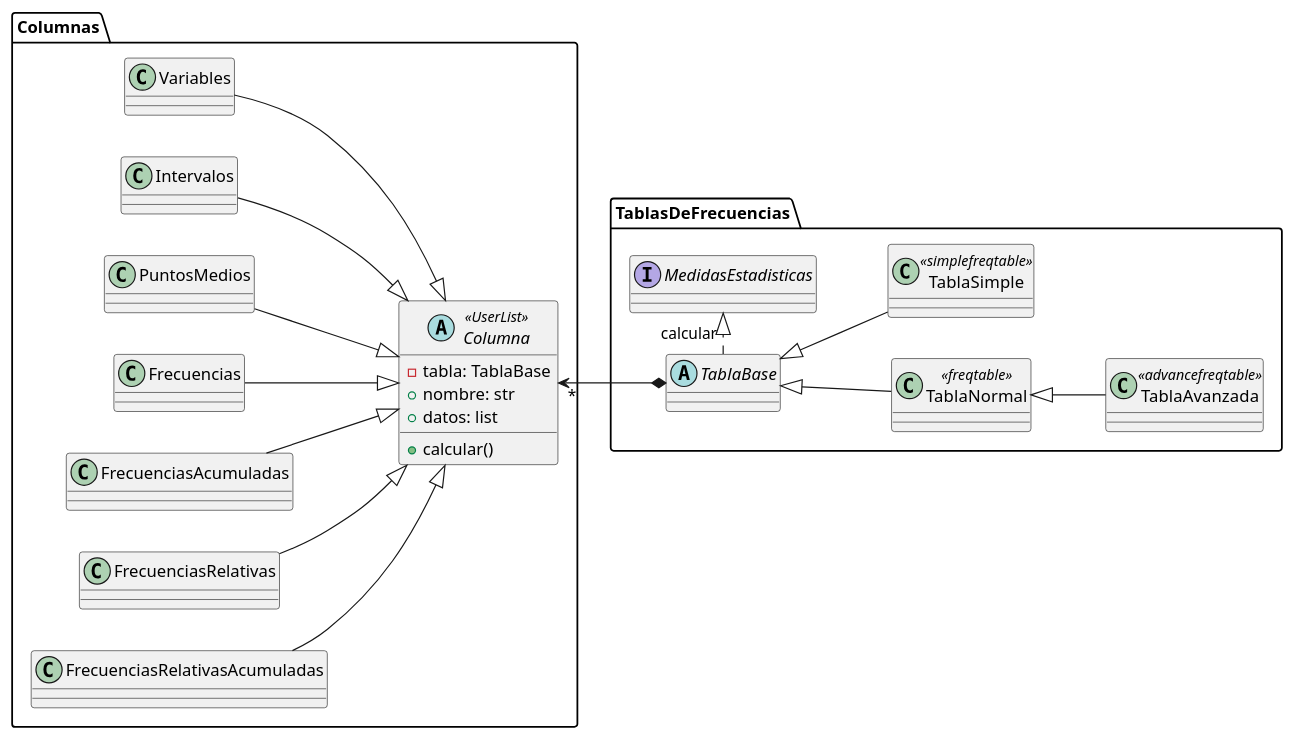
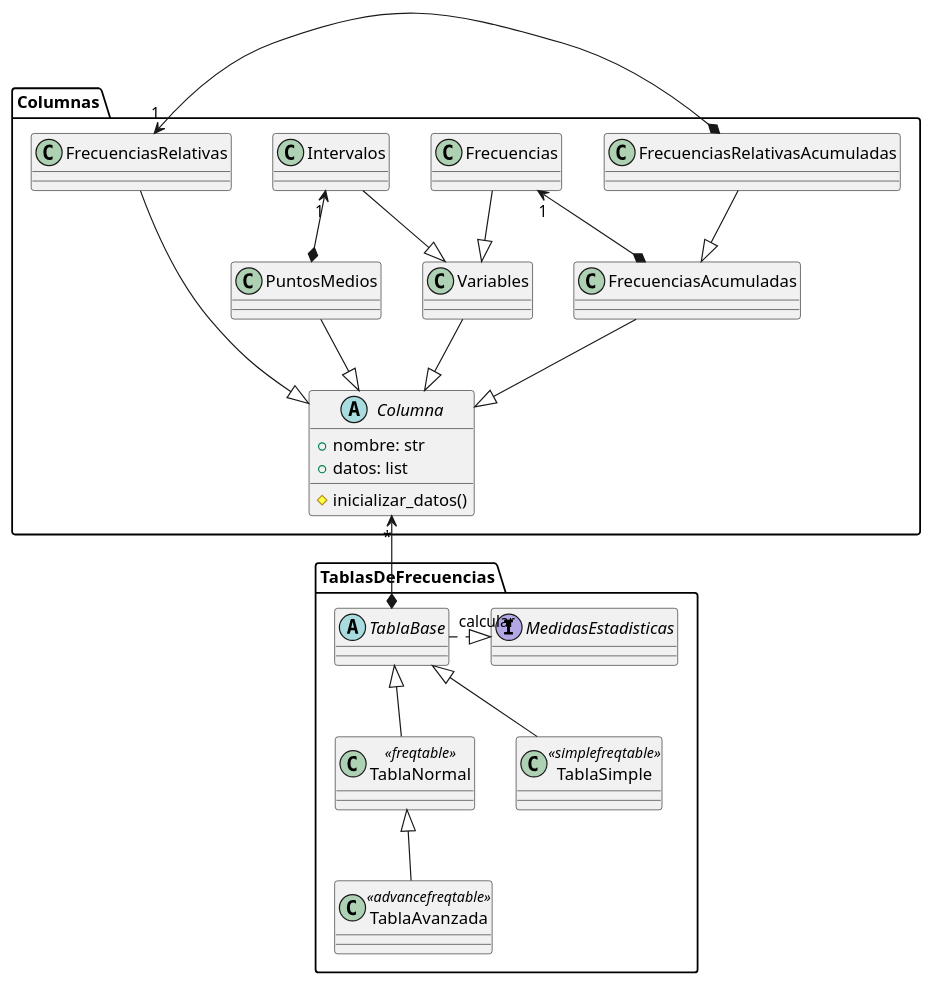
The diagram in docs/umls/clases.puml (xeland314/freqtables), drawn with PlantUML before and after one commit. The commit also changed 4 other files, not shown here.

```diff
--- a/docs/umls/clases.puml
+++ b/docs/umls/clases.puml
@@ -1,55 +1,57 @@
 @startuml TablasDeFrecuencia
 
-skinparam groupInheritance 5
-left to right direction
+'skinparam groupInheritance 2
+'left to right direction
 
 ' Patrón estructural: Bridge
 package Columnas {
     ' Patrón de comportamiento: Command
-    abstract class Columna <<UserList>> {
-        - tabla: TablaBase
+    abstract class Columna {
         + nombre: str
         + datos: list
-        + calcular()
+        # inicializar_datos()
     }
     class Variables {}
     class Intervalos {}
     class PuntosMedios {}
     class Frecuencias {}
     class FrecuenciasAcumuladas {}
     class FrecuenciasRelativas {}
     class FrecuenciasRelativasAcumuladas {}
     Variables --|> Columna
-    Intervalos --|> Columna
+    Intervalos --|> Variables
     PuntosMedios --|> Columna
-    Frecuencias --|> Columna
+    Frecuencias --|> Variables
     FrecuenciasAcumuladas --|> Columna
     FrecuenciasRelativas --|> Columna
-    FrecuenciasRelativasAcumuladas --|> Columna
+    FrecuenciasRelativasAcumuladas --|> FrecuenciasAcumuladas
+    FrecuenciasAcumuladas *-left-> "1" Frecuencias
+    FrecuenciasRelativasAcumuladas *-left-> "1" FrecuenciasRelativas
+    PuntosMedios *-left-> "1" Intervalos
 }
 
 package TablasDeFrecuencias {
     'Patrón creacional: Prototype
     interface MedidasEstadisticas {
         
     }
     abstract class TablaBase {
 
     }
     class TablaSimple <<simplefreqtable>> {
 
     }
     class TablaNormal <<freqtable>> {
 
     }
     class TablaAvanzada <<advancefreqtable>> {
 
     }
     TablaBase .right.|> "calcular" MedidasEstadisticas
     TablaBase *-up-> "*" Columna
     TablaSimple -up-|> TablaBase
     TablaNormal -up-|> TablaBase
     TablaAvanzada -up-|> TablaNormal
 }
 
 @enduml
```
